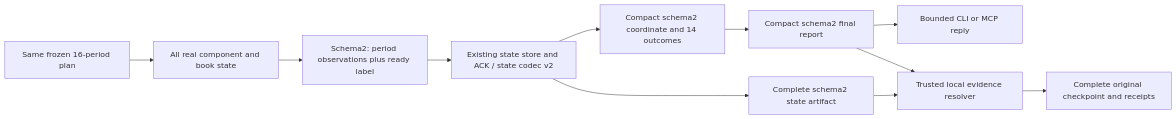
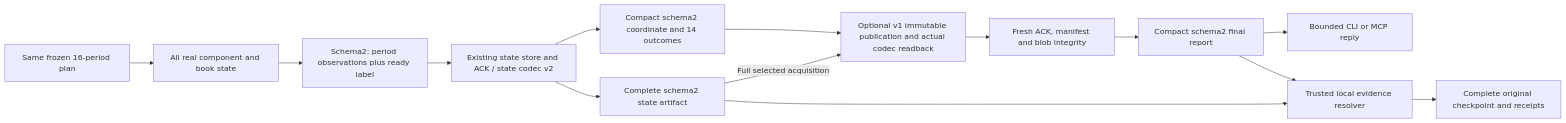
One commit to jacksonpradolima/coleman changed the third of 3 diagrams in docs/synthetic-portfolio.md. Above: the diagram before and after it, drawn with Mermaid. The commit also changed other lines of this file and 9 other files, not shown here.

Commit message:
feat(tasks): support verified publication and readback in one operation

````diff
--- a/docs/synthetic-portfolio.md
+++ b/docs/synthetic-portfolio.md
@@ -488,13 +495,16 @@
 ```mermaid
 flowchart LR
     Plan[Same frozen 16-period plan] --> Owner[All real component and book state]
     Owner --> State[Schema2: period observations plus ready label]
     State --> Commit[Existing state store and ACK / state codec v2]
     Commit --> Full[Complete schema2 state artifact]
     Commit --> Coordinate[Compact schema2 coordinate and 14 outcomes]
-    Coordinate --> Report[Compact schema2 final report]
+    Coordinate --> Publish[Optional v1 immutable publication and actual codec readback]
+    Full -->|Full selected acquisition| Publish
+    Publish --> Fresh[Fresh ACK, manifest and blob integrity]
+    Fresh --> Report[Compact schema2 final report]
     Report --> Edge[Bounded CLI or MCP reply]
     Report --> Resolve[Trusted local evidence resolver]
     Full --> Resolve
     Resolve --> Complete[Complete original checkpoint and receipts]
 ```
````
